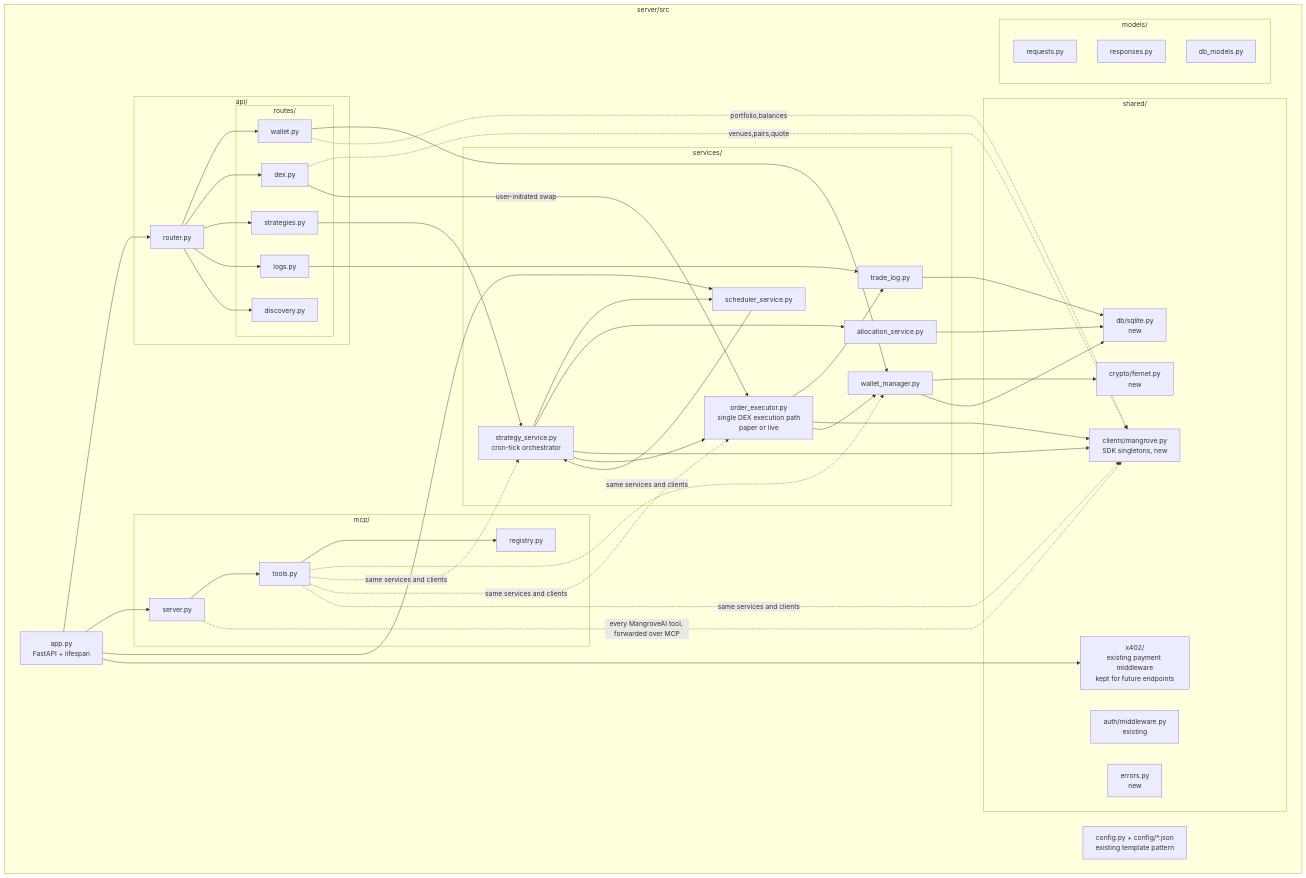
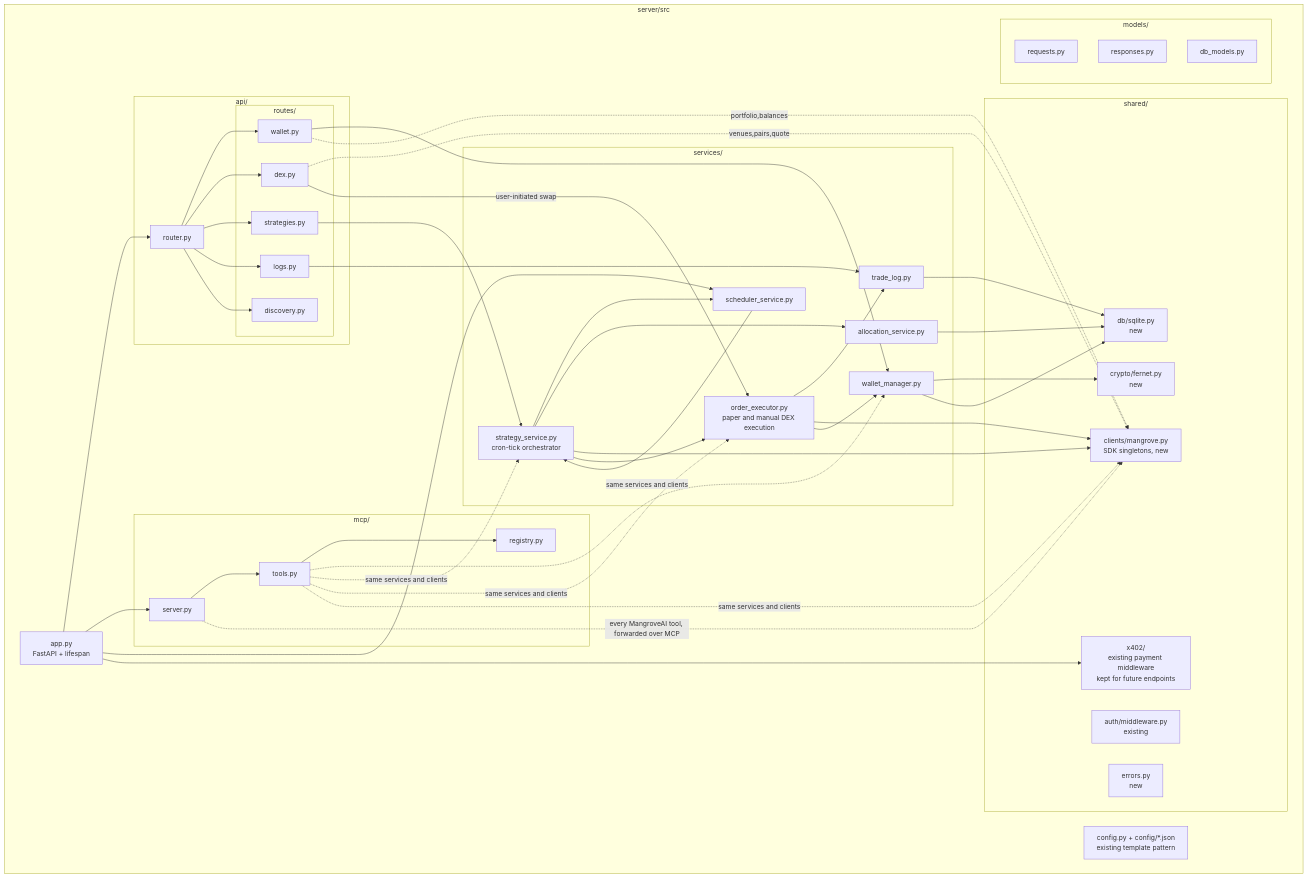
The sixth of 7 diagrams in docs/architecture.md (MangroveTechnologies/mangrove-agent), drawn with Mermaid before and after one commit. The commit also changed other lines of this file and 20 other files, not shown here.

Commit message:
fix: evaluate live strategies from confirmed execution journals

````diff
--- a/docs/architecture.md
+++ b/docs/architecture.md
@@ -305,77 +258,77 @@
 ```mermaid
 graph TB
     subgraph "server/src"
         App[app.py<br/>FastAPI + lifespan]
         Config[config.py + config/*.json<br/>existing template pattern]
 
         subgraph "api/"
             Router[router.py]
             subgraph "routes/"
                 RWallet[wallet.py]
                 RDex[dex.py]
                 RStrat[strategies.py]
                 RLogs[logs.py]
                 RDiscovery[discovery.py]
             end
         end
 
         subgraph "mcp/"
             MCPServer[server.py]
             MCPTools[tools.py]
             MCPReg[registry.py]
         end
 
         subgraph "services/"
             SWallet[wallet_manager.py]
             SStrat[strategy_service.py<br/>cron-tick orchestrator]
-            SExec[order_executor.py<br/>single DEX execution path<br/>paper or live]
+            SExec[order_executor.py<br/>paper and manual DEX execution]
             SSched[scheduler_service.py]
             SLog[trade_log.py]
             SAlloc[allocation_service.py]
         end
 
         subgraph "shared/"
             AuthMW[auth/middleware.py<br/>existing]
             X402[x402/<br/>existing payment middleware<br/>kept for future endpoints]
             DB[db/sqlite.py<br/>new]
             Crypto[crypto/fernet.py<br/>new]
             Clients[clients/mangrove.py<br/>SDK singletons, new]
             Errors[errors.py<br/>new]
         end
 
         subgraph "models/"
             MReq[requests.py]
             MResp[responses.py]
             MDB[db_models.py]
         end
     end
 
     App --> Router
     App --> MCPServer
     App --> SSched
     App --> X402
     Router --> RWallet & RDex & RStrat & RLogs & RDiscovery
     MCPServer --> MCPTools
     MCPTools --> MCPReg
 
     RWallet --> SWallet
     RWallet -.portfolio,balances.-> Clients
     RDex -.venues,pairs,quote.-> Clients
     RDex -->|user-initiated swap| SExec
     RStrat --> SStrat
     RLogs --> SLog
     MCPTools -.same services and clients.-> SWallet & SStrat & SExec & Clients
     MCPServer -.every MangroveAI tool, forwarded over MCP.-> Clients
 
     SStrat --> SSched & SAlloc
     SStrat --> Clients
     SSched --> SStrat
     SStrat --> SExec
     SExec --> SLog
     SExec --> Clients
     SExec --> SWallet
 
     SWallet --> Crypto
     SWallet --> DB
     SLog & SAlloc --> DB
 ```
````
